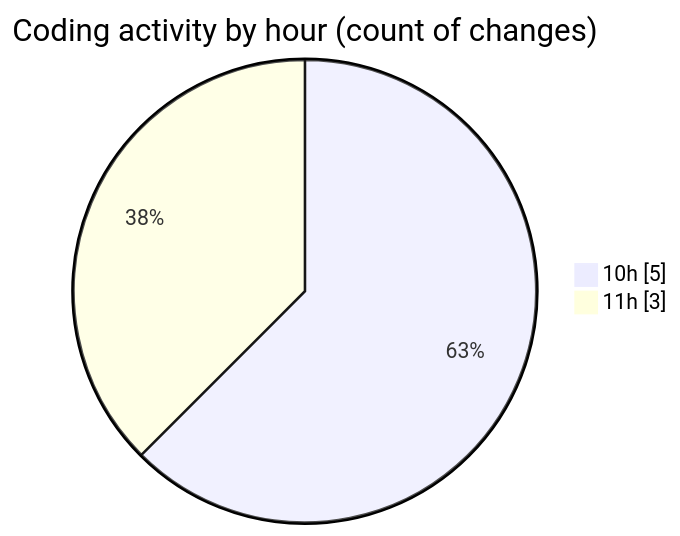
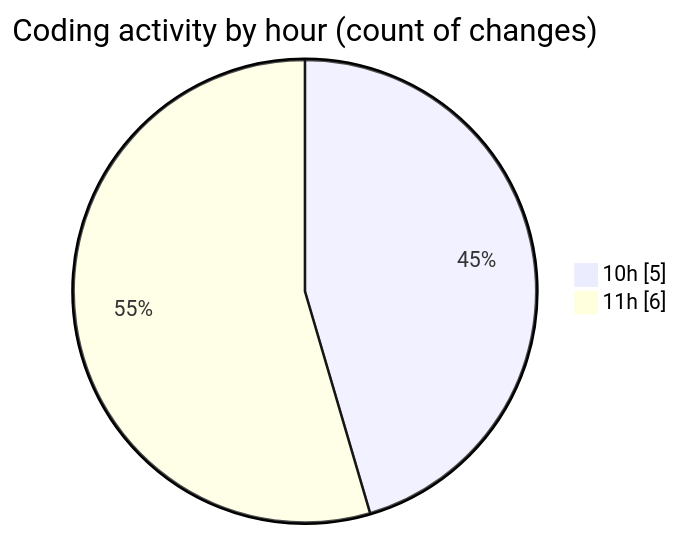
The second of 2 diagrams in 2025-03-26/elitesun/README.md (Elitesun/code-tracking), drawn with Mermaid before and after one commit. The commit also changed other lines of this file and 1 other file, not shown here.

````diff
--- a/2025-03-26/elitesun/README.md
+++ b/2025-03-26/elitesun/README.md
@@ -28,6 +28,6 @@
 ```mermaid
 pie showData
 title Coding activity by hour (count of changes)
 "10h" : 5
-"11h" : 3
+"11h" : 6
 ```
````
